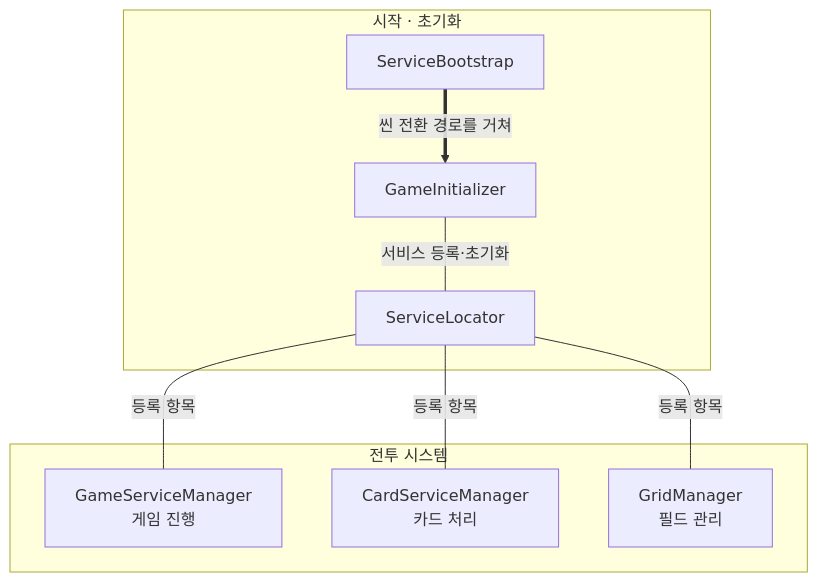
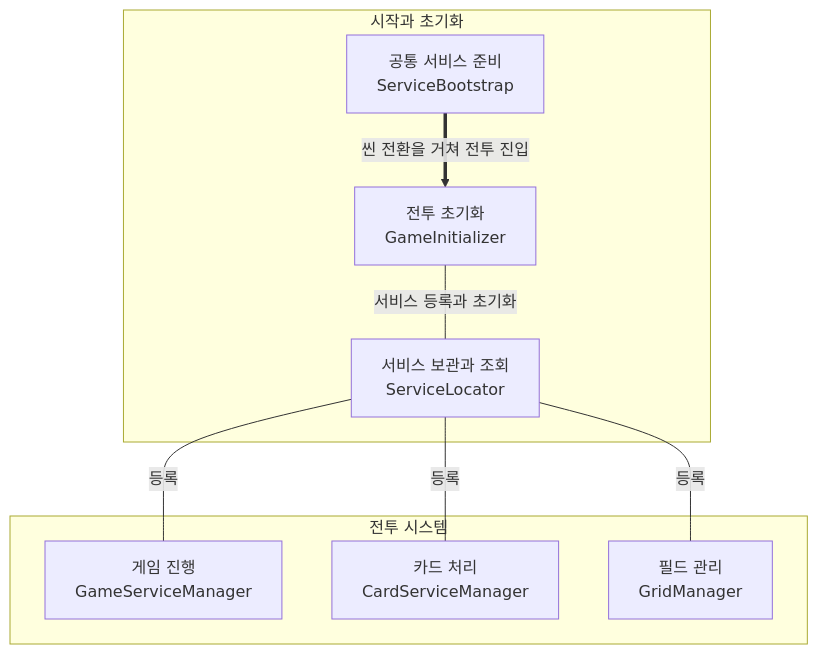
Before and after one commit to als79gur49/2025-2TeamProject-code-portfolio: the fourth of 4 diagrams in README.md, drawn with Mermaid. The commit also changed other lines of this file, not shown here.

````diff
--- a/README.md
+++ b/README.md
@@ -175,20 +195,20 @@
 ```mermaid
 flowchart TB
-    subgraph INIT["시작 · 초기화"]
-        B["ServiceBootstrap"]
-        I["GameInitializer"]
-        L["ServiceLocator"]
-        B ==>|"씬 전환 경로를 거쳐"| I
-        I ---|"서비스 등록·초기화"| L
+    subgraph INIT["시작과 초기화"]
+        B["공통 서비스 준비<br/>ServiceBootstrap"]
+        I["전투 초기화<br/>GameInitializer"]
+        L["서비스 보관과 조회<br/>ServiceLocator"]
+        B ==>|"씬 전환을 거쳐 전투 진입"| I
+        I ---|"서비스 등록과 초기화"| L
     end
 
-    L ---|"등록 항목"| GM
-    L ---|"등록 항목"| CM
-    L ---|"등록 항목"| GR
+    L ---|"등록"| GM
+    L ---|"등록"| CM
+    L ---|"등록"| GR
 
     subgraph SYSTEMS["전투 시스템"]
-        GM["GameServiceManager<br/>게임 진행"]
-        CM["CardServiceManager<br/>카드 처리"]
-        GR["GridManager<br/>필드 관리"]
+        GM["게임 진행<br/>GameServiceManager"]
+        CM["카드 처리<br/>CardServiceManager"]
+        GR["필드 관리<br/>GridManager"]
     end
 ```
````
